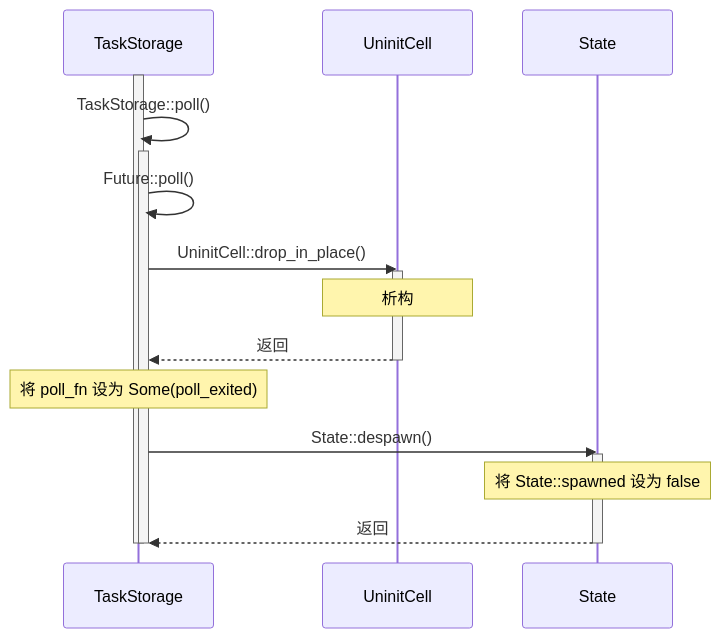
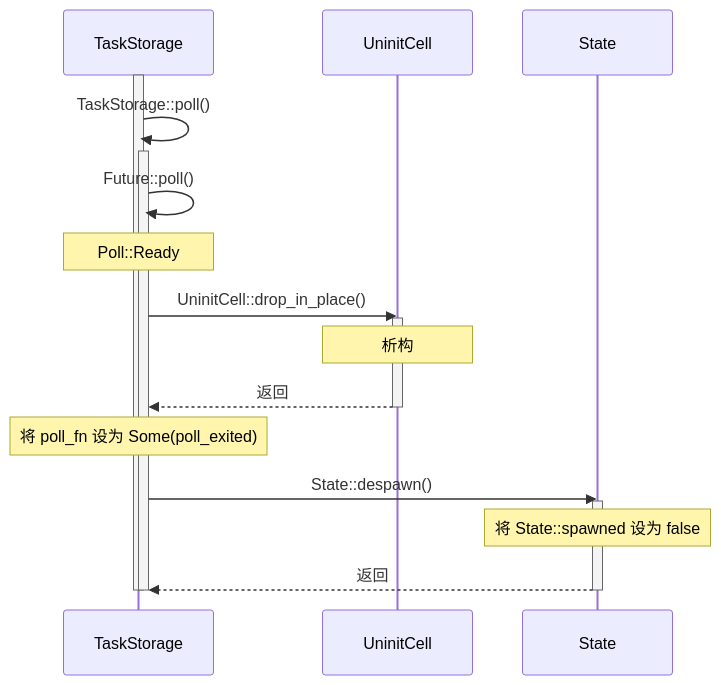
One commit to hy-huang20/GraduationProject changed the fifth of 5 diagrams in 过程记录/rust/rust异步/Embassy/executor/raw/mod.md. Above: the diagram before and after it, drawn with Mermaid. The commit also changed other lines of this file and 1 other file, not shown here.

````diff
--- a/过程记录/rust/rust异步/Embassy/executor/raw/mod.md
+++ b/过程记录/rust/rust异步/Embassy/executor/raw/mod.md
@@ -278,24 +319,25 @@
 ```mermaid
 sequenceDiagram
     participant TaskStorage
     participant UninitCell
     participant State
 
     activate TaskStorage
         TaskStorage->>TaskStorage: TaskStorage::poll()
         activate TaskStorage
             TaskStorage->>TaskStorage: Future::poll()
+            note over TaskStorage: Poll::Ready
             TaskStorage->>UninitCell: UninitCell::drop_in_place()
             activate UninitCell
                 note over UninitCell: 析构
                 UninitCell-->>TaskStorage: 返回
             deactivate UninitCell
             note over TaskStorage: 将 poll_fn 设为 Some(poll_exited)
             TaskStorage->>State: State::despawn()
             activate State
                 note over State: 将 State::spawned 设为 false
                 State-->>TaskStorage: 返回
             deactivate State
         deactivate TaskStorage
     deactivate TaskStorage
 ```
````
